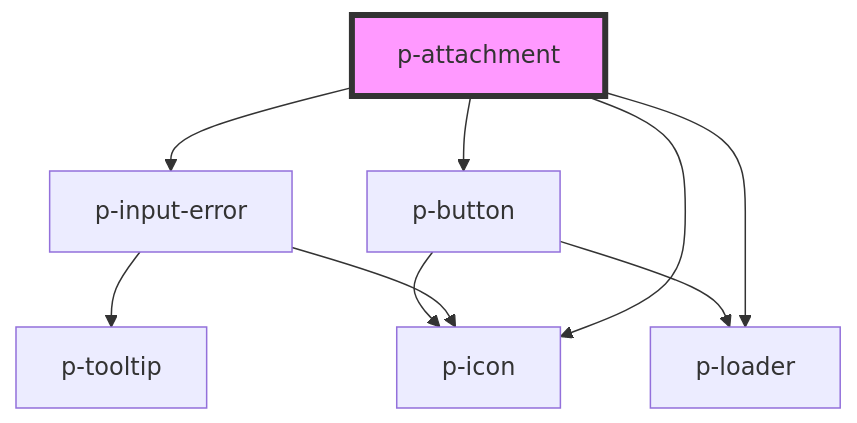
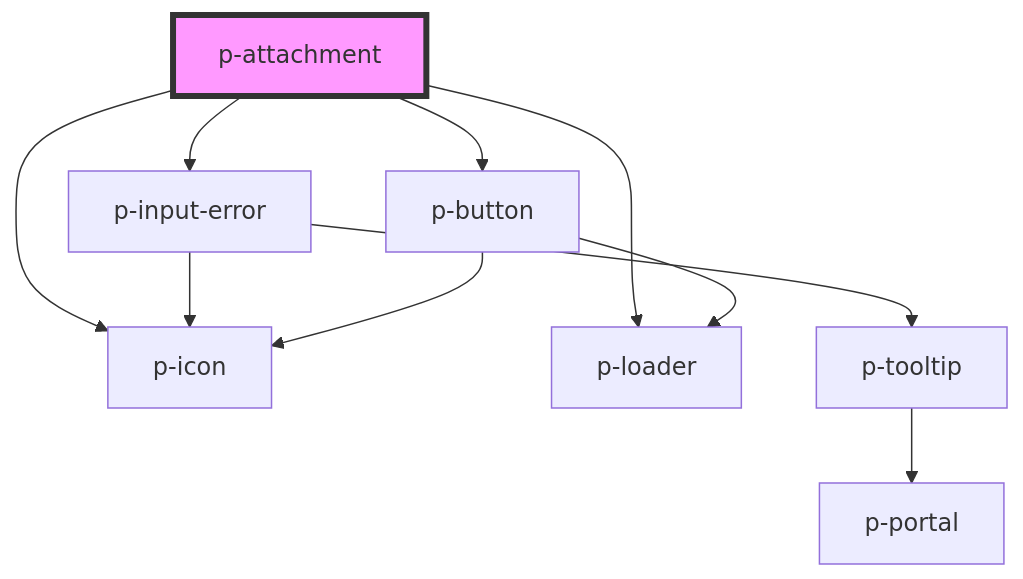
One commit to Employes/Paperless changed the diagram in packages/core/src/components/molecules/attachment/readme.md. Above: the diagram before and after it, drawn with Mermaid. The commit also changed 21 other files, not shown here.

````diff
--- a/packages/core/src/components/molecules/attachment/readme.md
+++ b/packages/core/src/components/molecules/attachment/readme.md
@@ -36,12 +36,13 @@
 ```mermaid
 graph TD;
   p-attachment --> p-icon
   p-attachment --> p-loader
   p-attachment --> p-input-error
   p-attachment --> p-button
   p-input-error --> p-tooltip
   p-input-error --> p-icon
+  p-tooltip --> p-portal
   p-button --> p-icon
   p-button --> p-loader
   style p-attachment fill:#f9f,stroke:#333,stroke-width:4px
 ```
````
